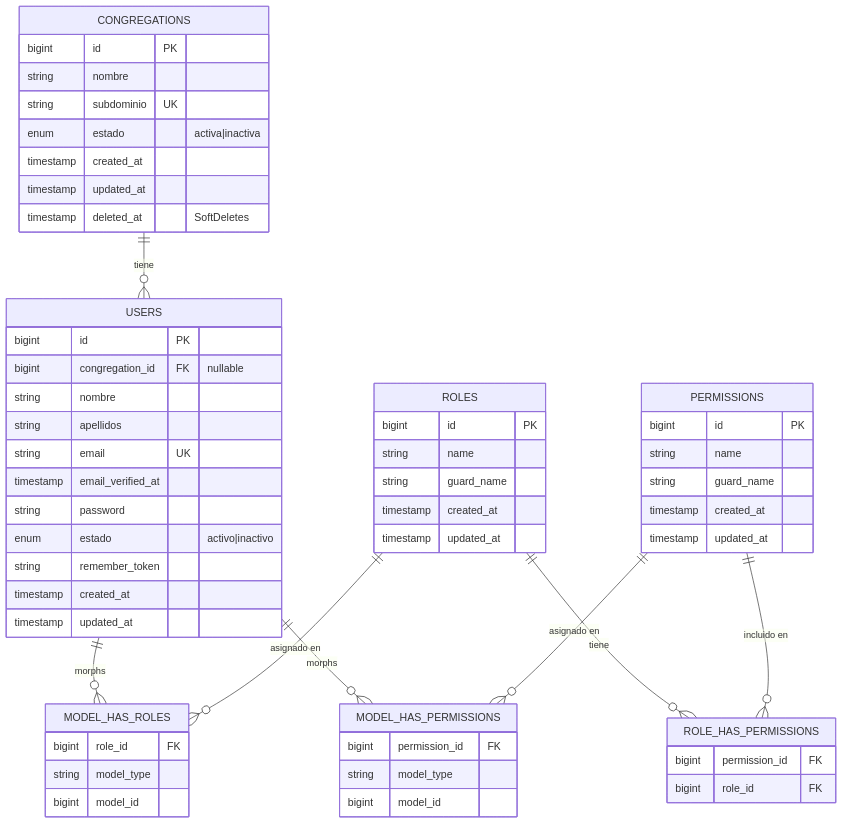
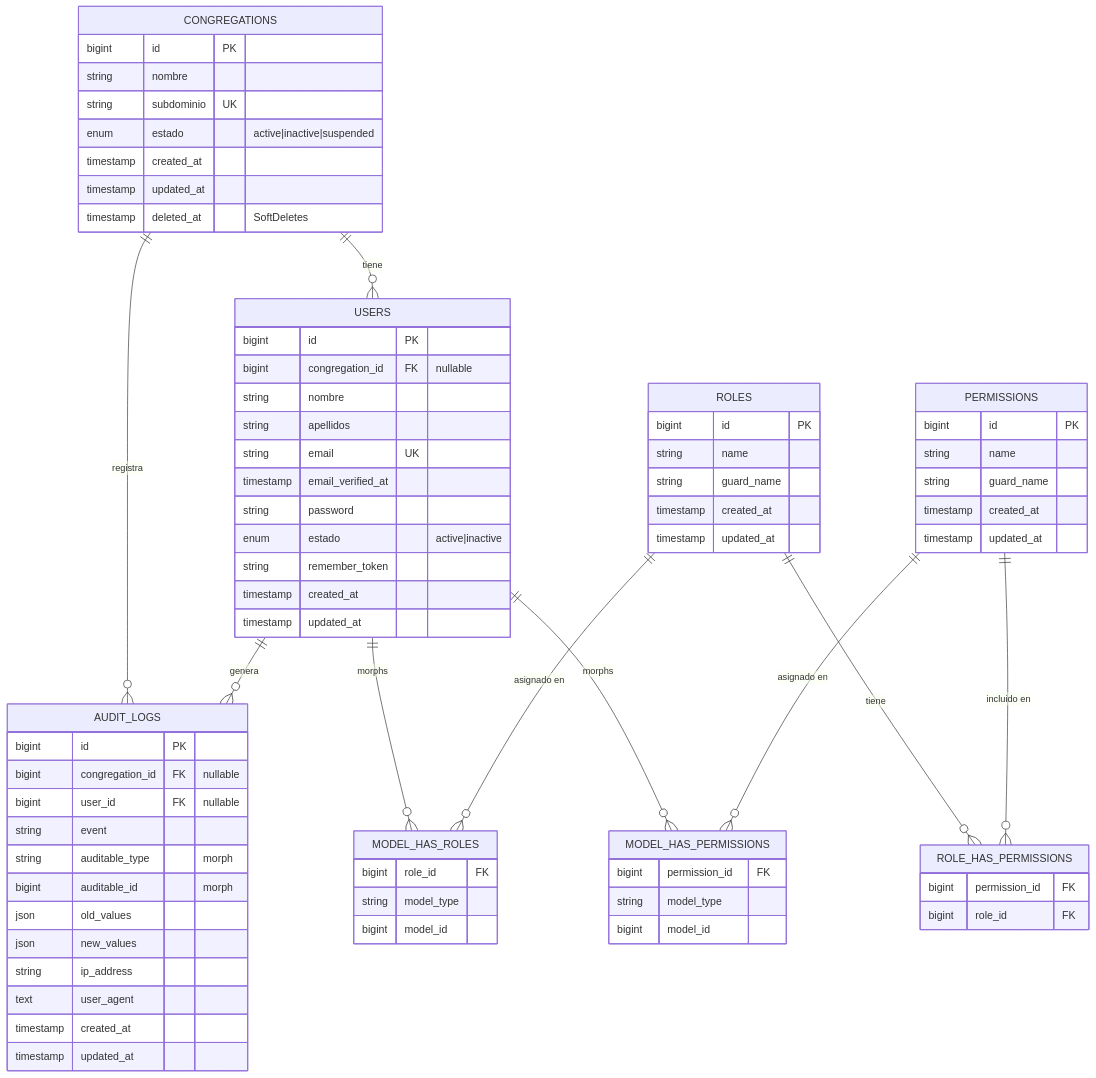
One commit to mpradaestudio/reuniones-jw changed the diagram in docs/ANALISIS.md. Above: the diagram before and after it, drawn with Mermaid. The commit also changed other lines of this file and 85 other files, not shown here.

````diff
--- a/docs/ANALISIS.md
+++ b/docs/ANALISIS.md
@@ -109,6 +140,8 @@
 ```mermaid
 erDiagram
     CONGREGATIONS ||--o{ USERS : "tiene"
+    CONGREGATIONS ||--o{ AUDIT_LOGS : "registra"
+    USERS ||--o{ AUDIT_LOGS : "genera"
     USERS ||--o{ MODEL_HAS_ROLES : "morphs"
     ROLES ||--o{ MODEL_HAS_ROLES : "asignado en"
     USERS ||--o{ MODEL_HAS_PERMISSIONS : "morphs"
@@ -120,7 +153,7 @@
         bigint id PK
         string nombre
         string subdominio UK
-        enum estado "activa|inactiva"
+        enum estado "active|inactive|suspended"
         timestamp created_at
         timestamp updated_at
         timestamp deleted_at "SoftDeletes"
@@ -134,7 +167,7 @@
         string email UK
         timestamp email_verified_at
         string password
-        enum estado "activo|inactivo"
+        enum estado "active|inactive"
         string remember_token
         timestamp created_at
         timestamp updated_at
@@ -172,4 +205,19 @@
         bigint permission_id FK
         bigint role_id FK
     }
+
+    AUDIT_LOGS {
+        bigint id PK
+        bigint congregation_id FK "nullable"
+        bigint user_id FK "nullable"
+        string event
+        string auditable_type "morph"
+        bigint auditable_id "morph"
+        json old_values
+        json new_values
+        string ip_address
+        text user_agent
+        timestamp created_at
+        timestamp updated_at
+    }
 ```
````
